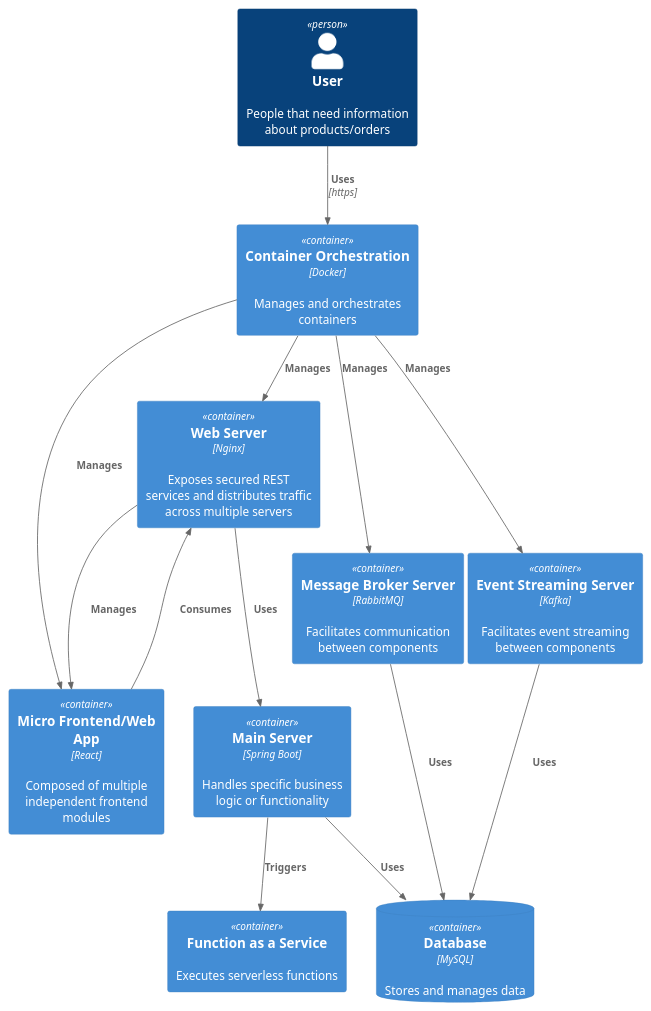
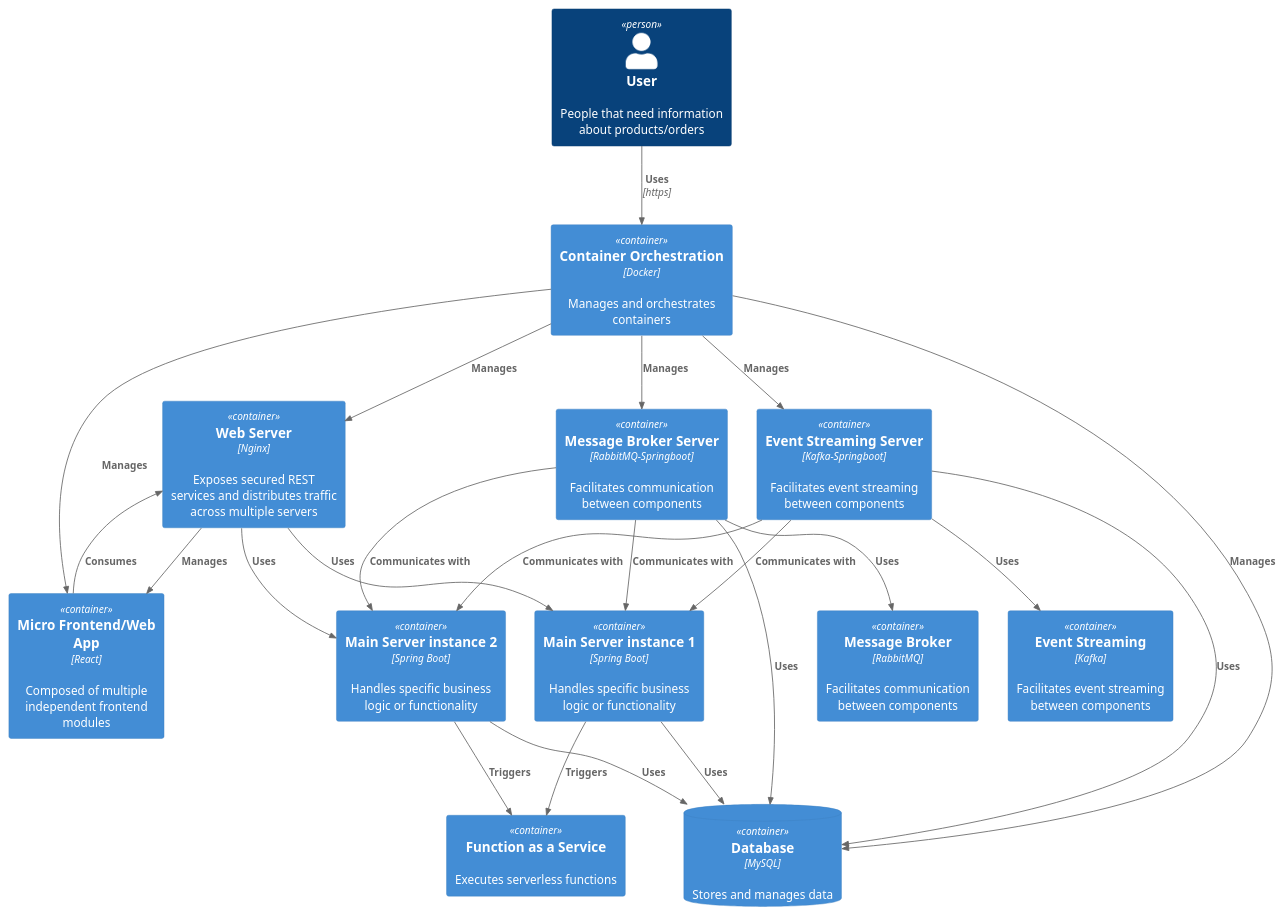
The diagram in Springboot/C4.puml (KohanAlex26/SOA), drawn with PlantUML before and after one commit. The commit also changed 3 other files, not shown here.

```diff
--- a/Springboot/C4.puml
+++ b/Springboot/C4.puml
@@ -1,26 +1,39 @@
 @startuml
 !include https://raw.githubusercontent.com/plantuml-stdlib/C4-PlantUML/master/C4_Container.puml
 
 Person(user, "User", "People that need information about products/orders")
 Container(WebServer, "Web Server", "Nginx", "Exposes secured REST services and distributes traffic across multiple servers")
-Container(mainServer, "Main Server", "Spring Boot", "Handles specific business logic or functionality")
-Container(rabbitmq, "Message Broker Server", "RabbitMQ", "Facilitates communication between components")
-Container(kafka, "Event Streaming Server", "Kafka", "Facilitates event streaming between components")
+Container(mainServer1, "Main Server instance 1", "Spring Boot", "Handles specific business logic or functionality")
+Container(mainServer2, "Main Server instance 2", "Spring Boot", "Handles specific business logic or functionality")
+Container(rabbitmqServer, "Message Broker Server", "RabbitMQ-Springboot", "Facilitates communication between components")
+Container(rabbitmq, "Message Broker", "RabbitMQ", "Facilitates communication between components")
+Container(kafkaServer, "Event Streaming Server", "Kafka-Springboot", "Facilitates event streaming between components")
+Container(kafka, "Event Streaming", "Kafka", "Facilitates event streaming between components")
 Container(faas, "Function as a Service", "", "Executes serverless functions")
 Container(frontEndApp, "Micro Frontend/Web App", "React", "Composed of multiple independent frontend modules")
 ContainerDb(dbContainer, "Database", "MySQL", "Stores and manages data")
 Container(docker, "Container Orchestration", "Docker", "Manages and orchestrates containers")
 
 Rel(user, docker, "Uses", "https")
-Rel(WebServer, mainServer, "Uses", "")
+Rel(WebServer, mainServer1, "Uses", "")
+Rel(WebServer, mainServer2, "Uses", "")
 Rel(frontEndApp, WebServer, "Consumes", "")
-Rel(mainServer, faas, "Triggers", "")
+Rel(mainServer1, faas, "Triggers", "")
+Rel(mainServer2, faas, "Triggers", "")
 Rel(WebServer, frontEndApp, "Manages", "")
 Rel(docker, WebServer, "Manages", "")
-Rel(docker, kafka, "Manages", "")
+Rel(docker, kafkaServer, "Manages", "")
 Rel(docker, frontEndApp, "Manages", "")
-Rel(docker, rabbitmq, "Manages", "")
-Rel(mainServer, dbContainer, "Uses", "")
-Rel(rabbitmq, dbContainer, "Uses", "")
-Rel(kafka, dbContainer, "Uses", "")
+Rel(docker, rabbitmqServer, "Manages", "")
+Rel(docker, dbContainer, "Manages", "")
+Rel(mainServer1, dbContainer, "Uses", "")
+Rel(mainServer2, dbContainer, "Uses", "")
+Rel(rabbitmqServer, dbContainer, "Uses", "")
+Rel(rabbitmqServer, rabbitmq, "Uses", "")
+Rel(kafkaServer, dbContainer, "Uses", "")
+Rel(kafkaServer, kafka, "Uses", "")
+Rel(rabbitmqServer, mainServer1, "Communicates with", "")
+Rel(rabbitmqServer, mainServer2, "Communicates with", "")
+Rel(kafkaServer, mainServer1, "Communicates with", "")
+Rel(kafkaServer, mainServer2, "Communicates with", "")
 @enduml
```
